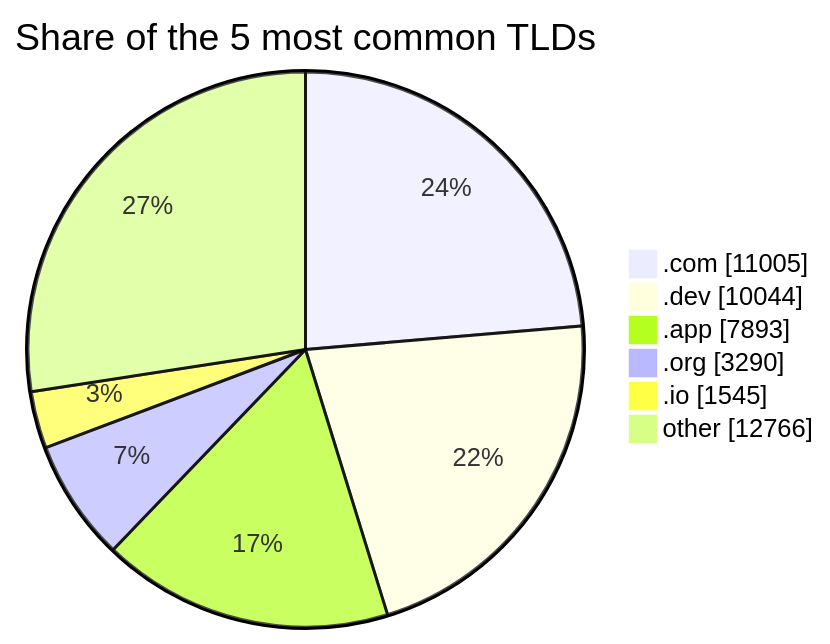
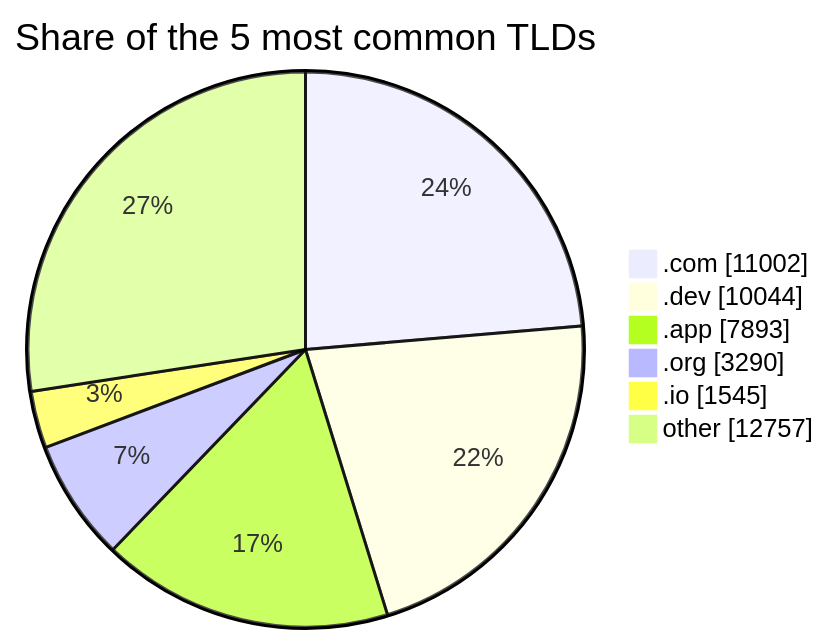
Before and after one commit to DNSBunker/CTI: the third of 3 diagrams in README.md, drawn with Mermaid. The commit also changed other lines of this file and 3 other files, not shown here.

````diff
--- a/README.md
+++ b/README.md
@@ -81,9 +81,9 @@
 ```mermaid
 pie showData title Share of the 5 most common TLDs
-    ".com" : 11005
+    ".com" : 11002
     ".dev" : 10044
     ".app" : 7893
     ".org" : 3290
     ".io" : 1545
-    "other" : 12766
+    "other" : 12757
 ```
````
